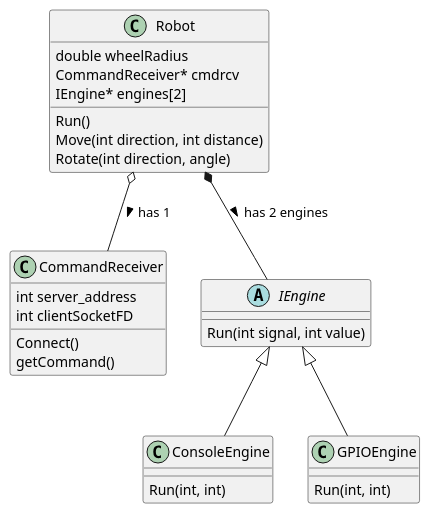
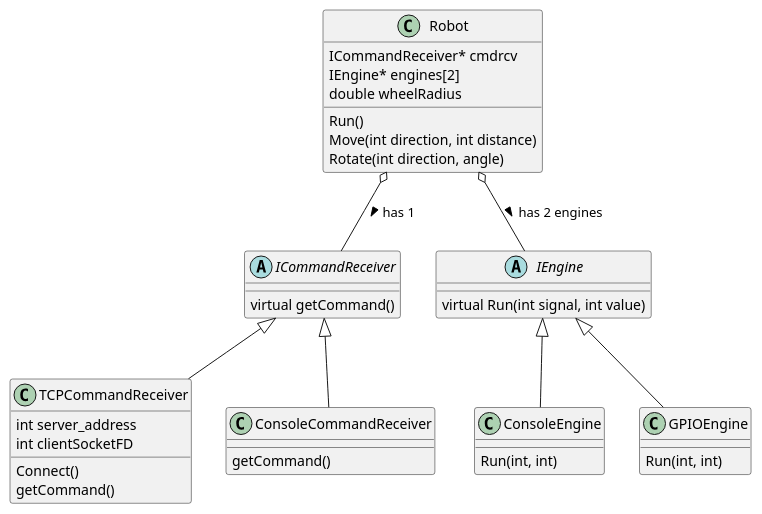
The diagram in doc/classes.pu (fanglores/Gagarin-2022), drawn with PlantUML before and after one commit.

Commit message:
Update classes.pu
Added Strategy for CommandReceiver

```diff
--- a/doc/classes.pu
+++ b/doc/classes.pu
@@ -1,42 +1,54 @@
 @startuml
 class Robot 
 {
+   ICommandReceiver* cmdrcv
+   IEngine* engines[2]
    double wheelRadius
-   CommandReceiver* cmdrcv
-   IEngine* engines[2]
    
    Run()
    Move(int direction, int distance)
    Rotate(int direction, angle)
 }
 
-class CommandReceiver
+abstract class ICommandReceiver
+{
+   virtual getCommand()
+}
+
+class TCPCommandReceiver
 {
    int server_address
    int clientSocketFD
 
    Connect()
+   getCommand()
+}
+
+class ConsoleCommandReceiver
+{
    getCommand()
 }
 
 class ConsoleEngine 
 {
    Run(int, int)
 }
 
 class GPIOEngine
 {
    Run(int, int)
 }
 
 abstract class IEngine
 {
-   Run(int signal, int value)
+   virtual Run(int signal, int value)
 }
 
 IEngine <|-- GPIOEngine
 IEngine <|-- ConsoleEngine
-Robot *-- IEngine : has 2 engines >
-Robot o-- CommandReceiver : has 1 >
+ICommandReceiver <|-- TCPCommandReceiver
+ICommandReceiver <|-- ConsoleCommandReceiver
+Robot o-- IEngine : has 2 engines >
+Robot o-- ICommandReceiver : has 1 >
 
 @enduml
```
